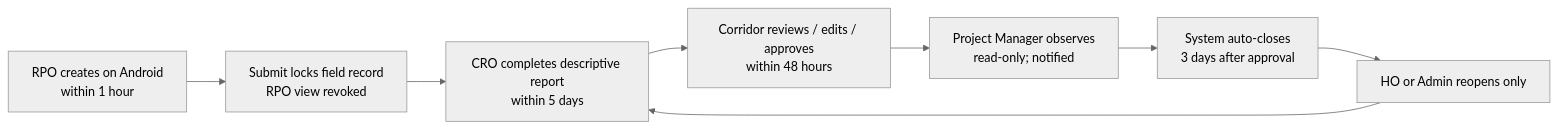
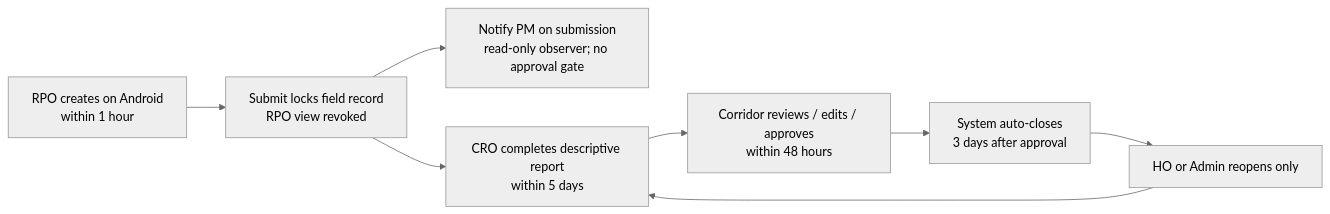
The first of 2 diagrams in docs/workflows.md (LaxmiKhilnani-nhit/Incident-Managment), drawn with Mermaid (neutral theme) before and after one commit. The commit also changed other lines of this file and 6 other files, not shown here.

````diff
--- a/docs/workflows.md
+++ b/docs/workflows.md
@@ -7,10 +7,10 @@
 ```mermaid
 flowchart LR
   A["RPO creates on Android<br/>within 1 hour"] --> B["Submit locks field record<br/>RPO view revoked"]
+  B --> P["Notify PM on submission<br/>read-only observer; no approval gate"]
   B --> C["CRO completes descriptive report<br/>within 5 days"]
   C --> D["Corridor reviews / edits / approves<br/>within 48 hours"]
-  D --> E["Project Manager observes<br/>read-only; notified"]
-  E --> F["System auto-closes<br/>3 days after approval"]
+  D --> F["System auto-closes<br/>3 days after approval"]
   F --> G["HO or Admin reopens only"]
   G --> C
 ```
````
